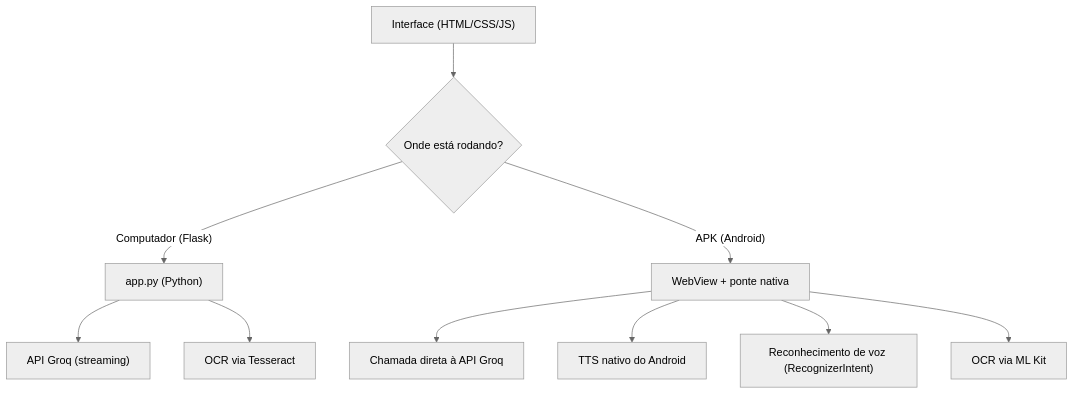
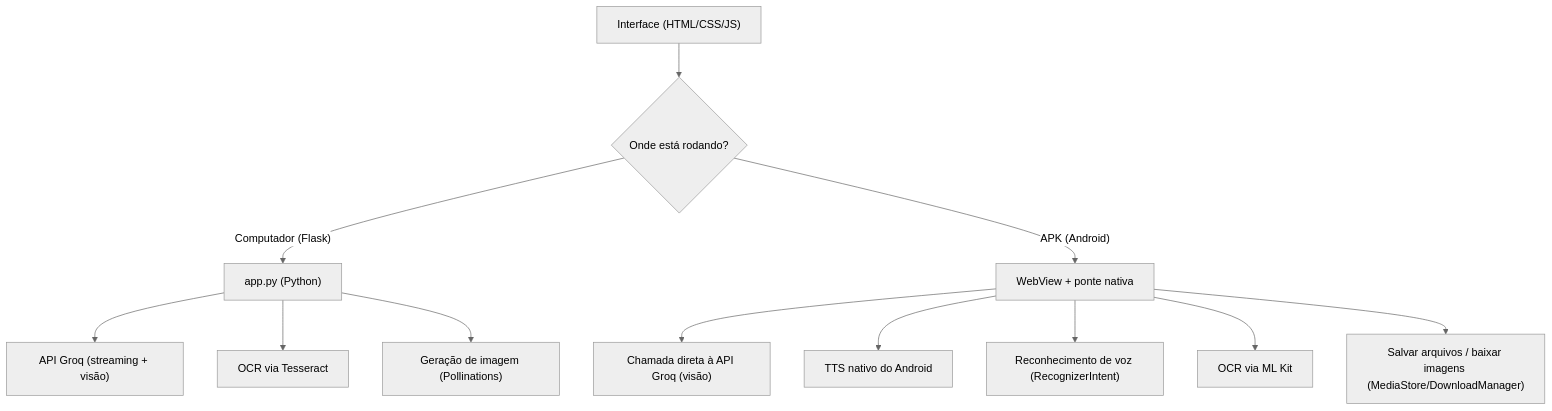
Before and after one commit to jt168304-sys/ia-assistente: the diagram in README.md, drawn with Mermaid (neutral theme). The commit also changed other lines of this file and 9 other files, not shown here.

First line of the commit message:
feat: corrige APK quebrado e adiciona visão, geração de imagem e arquivos

````diff
--- a/README.md
+++ b/README.md
@@ -18,12 +20,14 @@
 ```mermaid
 graph TD
     A["Interface (HTML/CSS/JS)"] --> B{"Onde está rodando?"}
     B -->|"Computador (Flask)"| C["app.py (Python)"]
-    C --> D["API Groq (streaming)"]
+    C --> D["API Groq (streaming + visão)"]
     C --> E["OCR via Tesseract"]
-    B -->|"APK (Android)"| F["WebView + ponte nativa"]
-    F --> G["Chamada direta à API Groq"]
-    F --> H["TTS nativo do Android"]
-    F --> I["Reconhecimento de voz (RecognizerIntent)"]
-    F --> J["OCR via ML Kit"]
+    C --> F["Geração de imagem (Pollinations)"]
+    B -->|"APK (Android)"| G["WebView + ponte nativa"]
+    G --> H["Chamada direta à API Groq (visão)"]
+    G --> I["TTS nativo do Android"]
+    G --> J["Reconhecimento de voz (RecognizerIntent)"]
+    G --> K["OCR via ML Kit"]
+    G --> L["Salvar arquivos / baixar imagens (MediaStore/DownloadManager)"]
 ```
````
